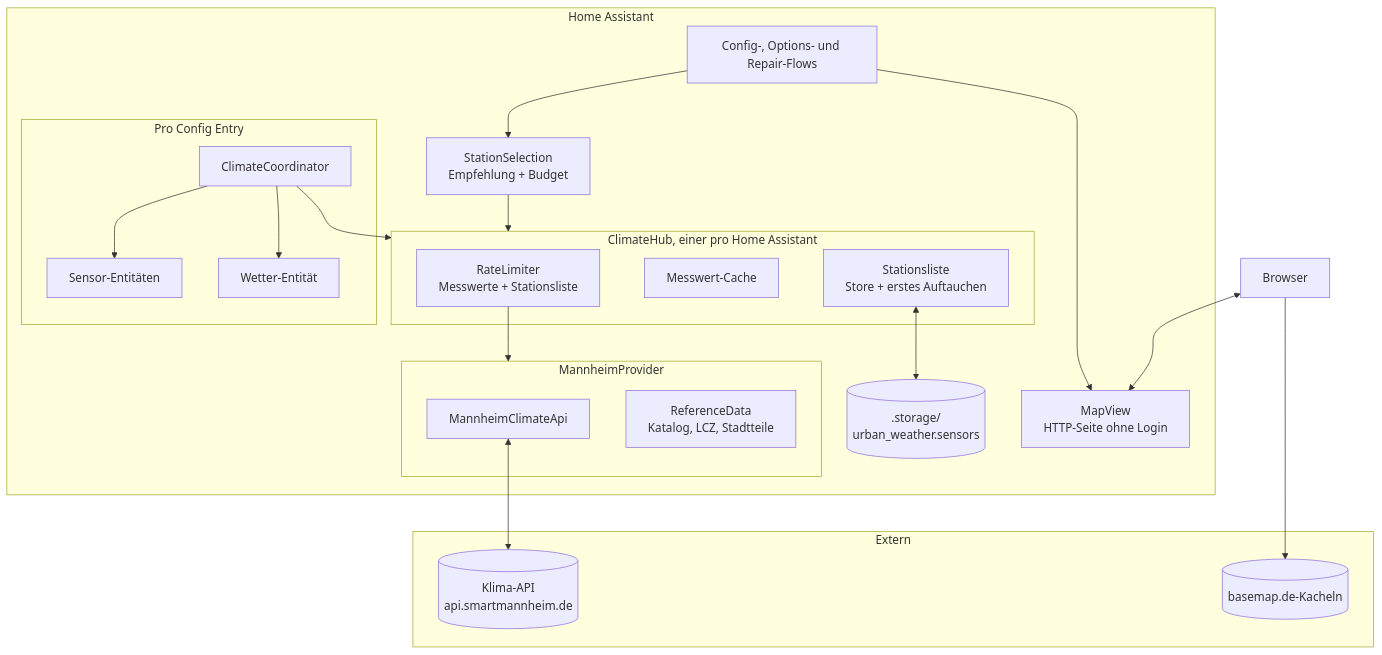
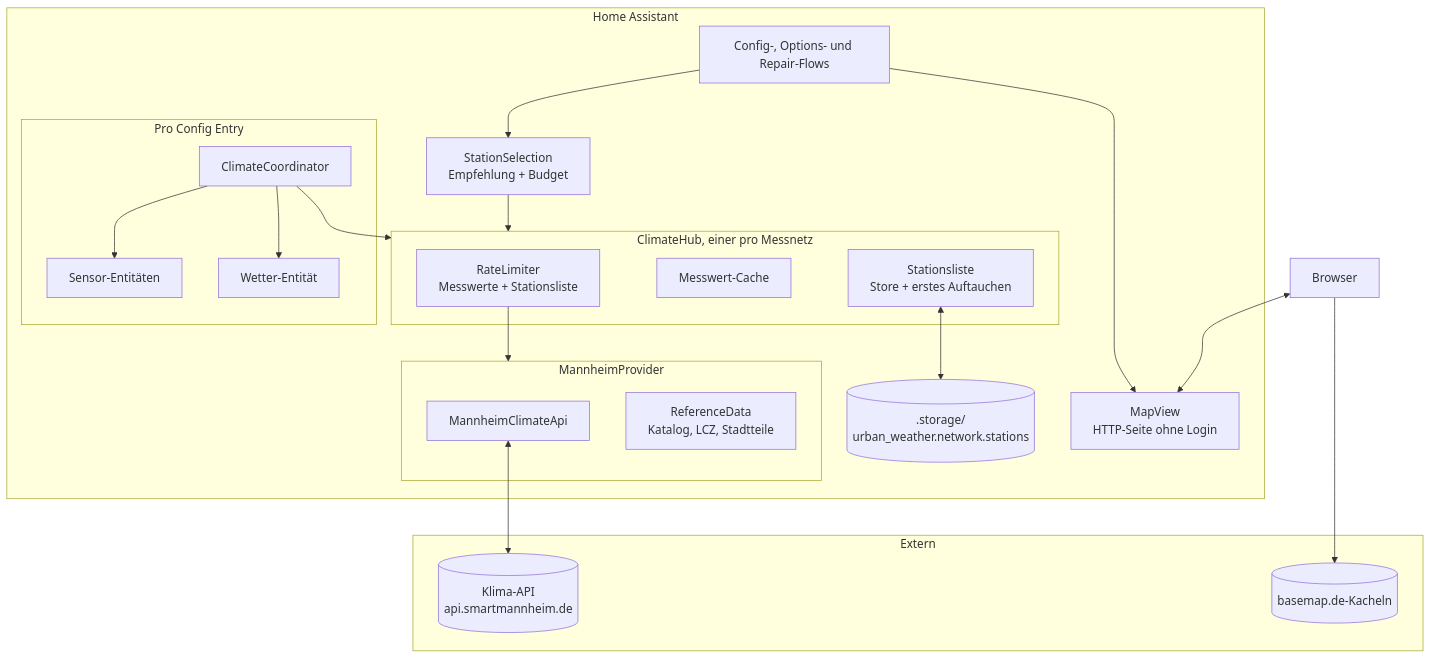
One commit to CodeBrauer/ha-urban-weather changed the first of 3 diagrams in docs/de/developer/architecture.md. Above: the diagram before and after it, drawn with Mermaid. The commit also changed other lines of this file and 30 other files, not shown here.

First line of the commit message:
feat: choose the network in the config flow (#78)

````diff
--- a/docs/de/developer/architecture.md
+++ b/docs/de/developer/architecture.md
@@ -10,38 +10,38 @@
 ```mermaid
 flowchart TB
     subgraph External[Extern]
         API[(Klima-API<br>api.smartmannheim.de)]
         Tiles[(basemap.de-Kacheln)]
     end
     subgraph HA[Home Assistant]
-        subgraph HubBox[ClimateHub, einer pro Home Assistant]
+        subgraph HubBox[ClimateHub, einer pro Messnetz]
             Limiter[RateLimiter<br>Messwerte + Stationsliste]
             Cache[Messwert-Cache]
             List[Stationsliste<br>Store + erstes Auftauchen]
         end
         subgraph ProviderBox[MannheimProvider]
             Client[MannheimClimateApi]
             Ref[ReferenceData<br>Katalog, LCZ, Stadtteile]
         end
-        Store[(.storage/<br>urban_weather.sensors)]
+        Store[(.storage/<br>urban_weather.network.stations)]
         subgraph Entry[Pro Config Entry]
             Coord[ClimateCoordinator]
             Sensors[Sensor-Entitäten]
             Weather[Wetter-Entität]
         end
         Flows[Config-, Options- und Repair-Flows]
         Selection[StationSelection<br>Empfehlung + Budget]
         MapView[MapView<br>HTTP-Seite ohne Login]
     end
     Browser[Browser]
     Limiter --> ProviderBox
     Client <--> API
     List <--> Store
     Coord --> HubBox
     Coord --> Sensors
     Coord --> Weather
     Flows --> Selection --> HubBox
     Flows --> MapView
     Browser <--> MapView
     Browser --> Tiles
 ```
````
